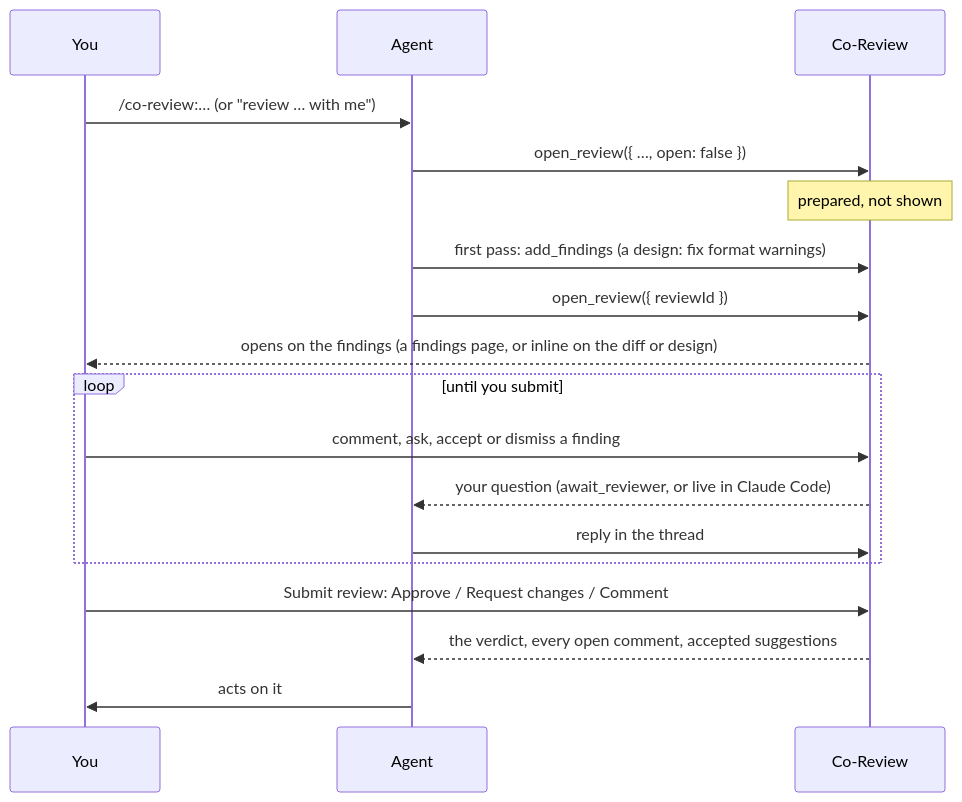
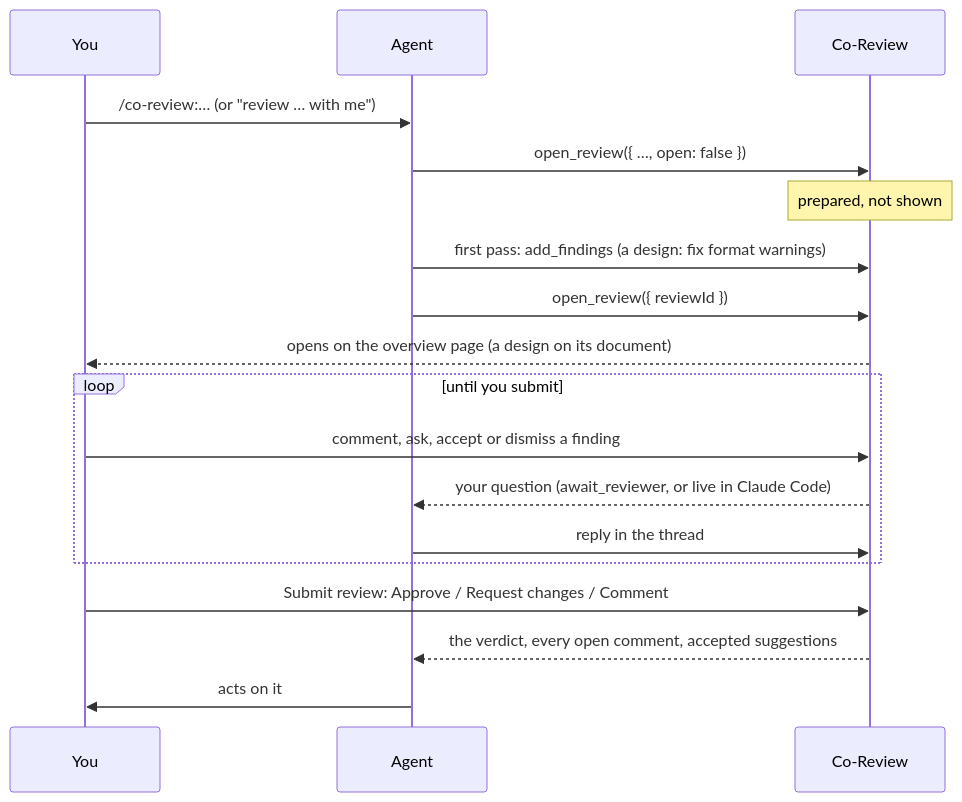
One commit to sdsvn/co-review changed the diagram in docs/workflows.md. Above: the diagram before and after it, drawn with Mermaid. The commit also changed other lines of this file and 31 other files, not shown here.

First line of the commit message:
Every review opens on its overview page

````diff
--- a/docs/workflows.md
+++ b/docs/workflows.md
@@ -19,20 +19,20 @@
 ```mermaid
 sequenceDiagram
     participant You
     participant Agent
     participant CR as Co-Review
     You->>Agent: /co-review:… (or "review … with me")
     Agent->>CR: open_review({ …, open: false })
     Note over CR: prepared, not shown
     Agent->>CR: first pass: add_findings (a design: fix format warnings)
     Agent->>CR: open_review({ reviewId })
-    CR-->>You: opens on the findings (a findings page, or inline on the diff or design)
+    CR-->>You: opens on the overview page (a design on its document)
     loop until you submit
         You->>CR: comment, ask, accept or dismiss a finding
         CR-->>Agent: your question (await_reviewer, or live in Claude Code)
         Agent->>CR: reply in the thread
     end
     You->>CR: Submit review: Approve / Request changes / Comment
     CR-->>Agent: the verdict, every open comment, accepted suggestions
     Agent->>You: acts on it
 ```
````
